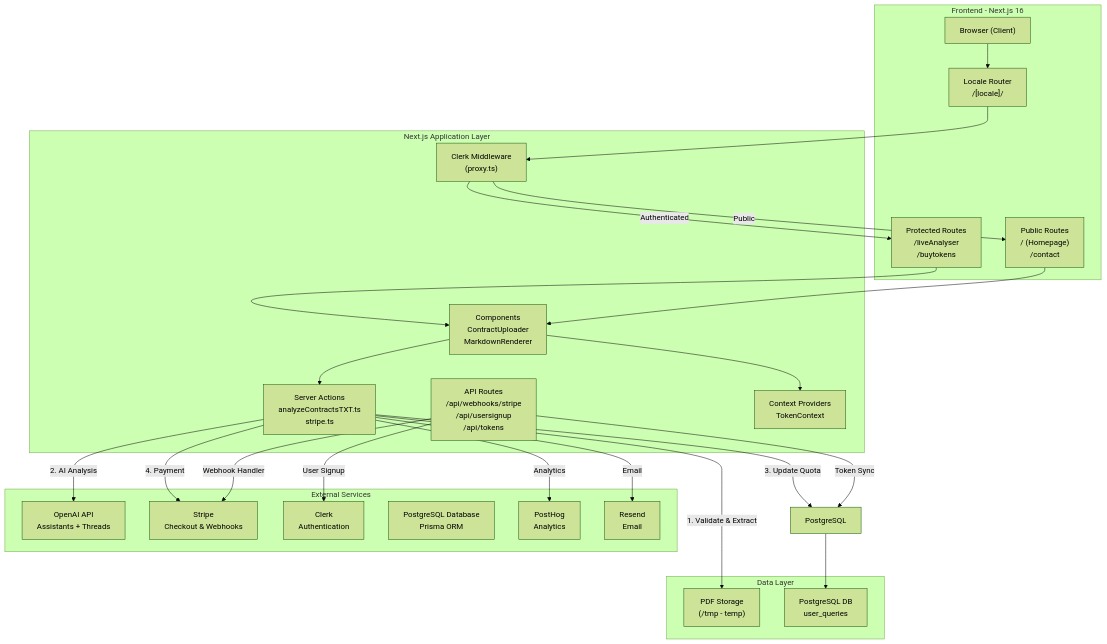
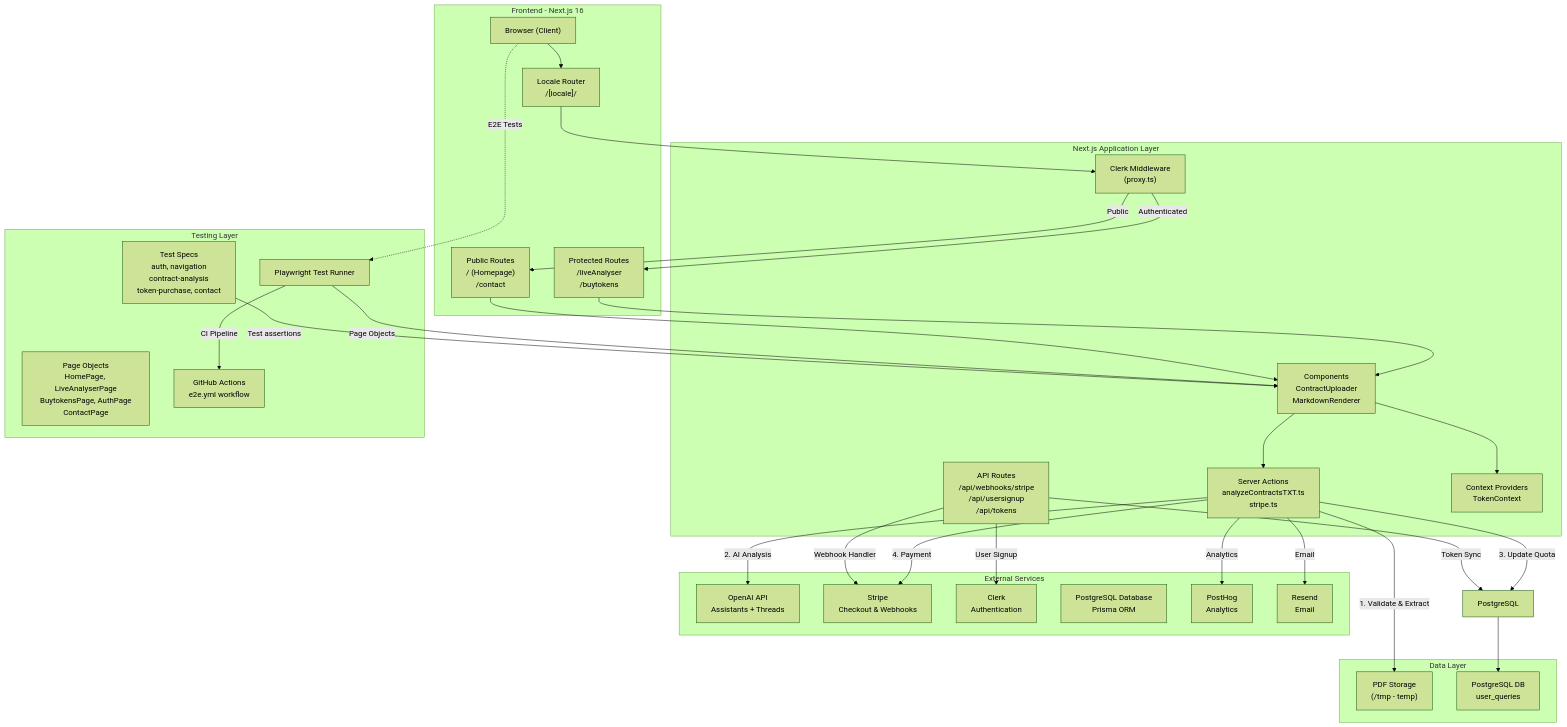
The first of 3 diagrams in docs/architecture/SYSTEM_OVERVIEW.md (duzhongli-d/contractagent), drawn with Mermaid (forest theme) before and after one commit. The commit also changed other lines of this file and 3 other files, not shown here.

First line of the commit message:
docs: update architecture docs with E2E testing infrastructure

````diff
--- a/docs/architecture/SYSTEM_OVERVIEW.md
+++ b/docs/architecture/SYSTEM_OVERVIEW.md
@@ -25,57 +26,69 @@
 ```mermaid
 graph TB
     subgraph Client["Frontend - Next.js 16"]
         Browser["Browser (Client)"]
         LocaleRouter["Locale Router<br/>/[locale]/"]
         ProtectedRoutes["Protected Routes<br/>/liveAnalyser<br/>/buytokens"]
         PublicRoutes["Public Routes<br/>/ (Homepage)<br/>/contact"]
     end
 
     subgraph NextJS["Next.js Application Layer"]
         Middleware["Clerk Middleware<br/>(proxy.ts)"]
         ServerActions["Server Actions<br/>analyzeContractsTXT.ts<br/>stripe.ts"]
         APIRoutes["API Routes<br/>/api/webhooks/stripe<br/>/api/usersignup<br/>/api/tokens"]
         Components["Components<br/>ContractUploader<br/>MarkdownRenderer"]
         Context["Context Providers<br/>TokenContext"]
     end
 
     subgraph ExternalServices["External Services"]
         OpenAI["OpenAI API<br/>Assistants + Threads"]
         Stripe["Stripe<br/>Checkout & Webhooks"]
         Clerk["Clerk<br/>Authentication"]
         PostgreSQL_DB["PostgreSQL Database<br/>Prisma ORM"]
         PostHog["PostHog<br/>Analytics"]
         Resend["Resend<br/>Email"]
     end
 
     subgraph DataLayer["Data Layer"]
         PDFs["PDF Storage<br/>(/tmp - temp)"]
         DB["PostgreSQL DB<br/>user_queries"]
     end
 
+    subgraph TestingLayer["Testing Layer"]
+        Playwright["Playwright Test Runner"]
+        POM["Page Objects<br/>HomePage, LiveAnalyserPage<br/>BuytokensPage, AuthPage<br/>ContactPage"]
+        Specs["Test Specs<br/>auth, navigation<br/>contract-analysis<br/>token-purchase, contact"]
+        CI_CD["GitHub Actions<br/>e2e.yml workflow"]
+    end
+
     Browser --> LocaleRouter
     LocaleRouter --> Middleware
 
     Middleware -->|Authenticated| ProtectedRoutes
     Middleware -->|Public| PublicRoutes
 
     ProtectedRoutes --> Components
     PublicRoutes --> Components
 
     Components --> ServerActions
     Components --> Context
 
     ServerActions -->|1. Validate & Extract| PDFs
     ServerActions -->|2. AI Analysis| OpenAI
     ServerActions -->|3. Update Quota| PostgreSQL
     ServerActions -->|4. Payment| Stripe
 
     APIRoutes -->|Webhook Handler| Stripe
     APIRoutes -->|Token Sync| PostgreSQL
     APIRoutes -->|User Signup| Clerk
 
     ServerActions -->|Analytics| PostHog
     ServerActions -->|Email| Resend
 
     PostgreSQL --> DB
+
+    Browser -.->|"E2E Tests"| Playwright
+    Playwright -->|"Page Objects"| Components
+    Specs -->|"Test assertions"| Components
+    Playwright -->|"CI Pipeline"| CI_CD
 ```
````
